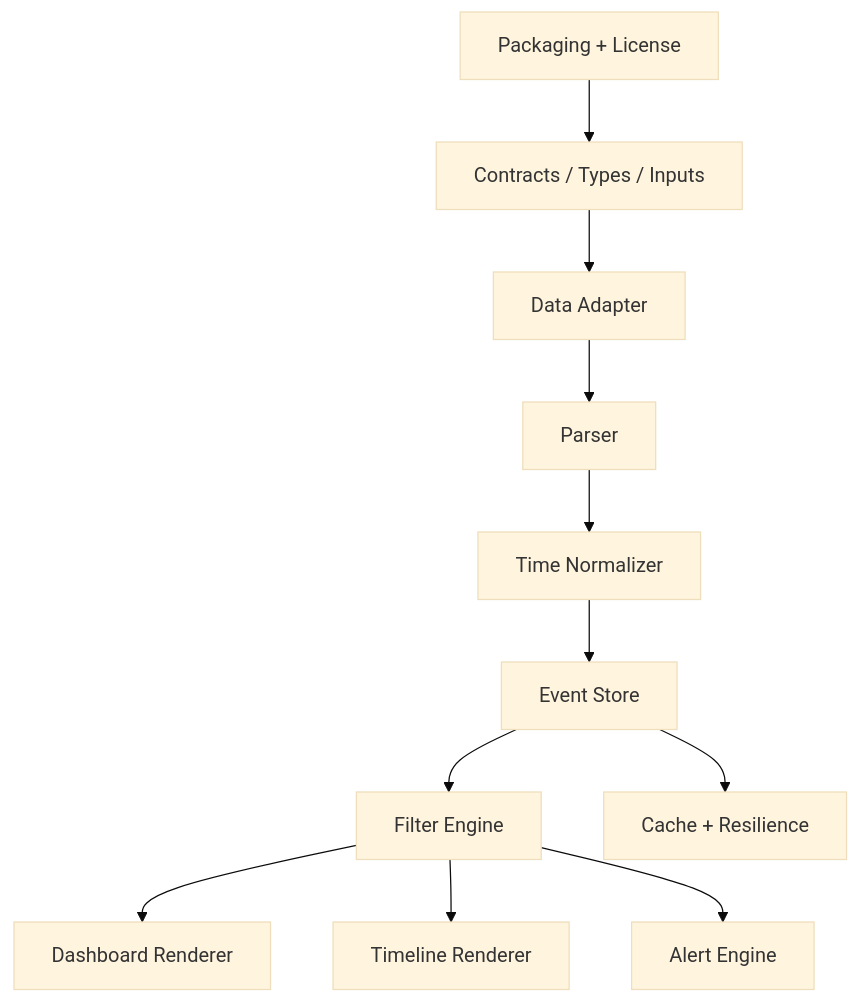
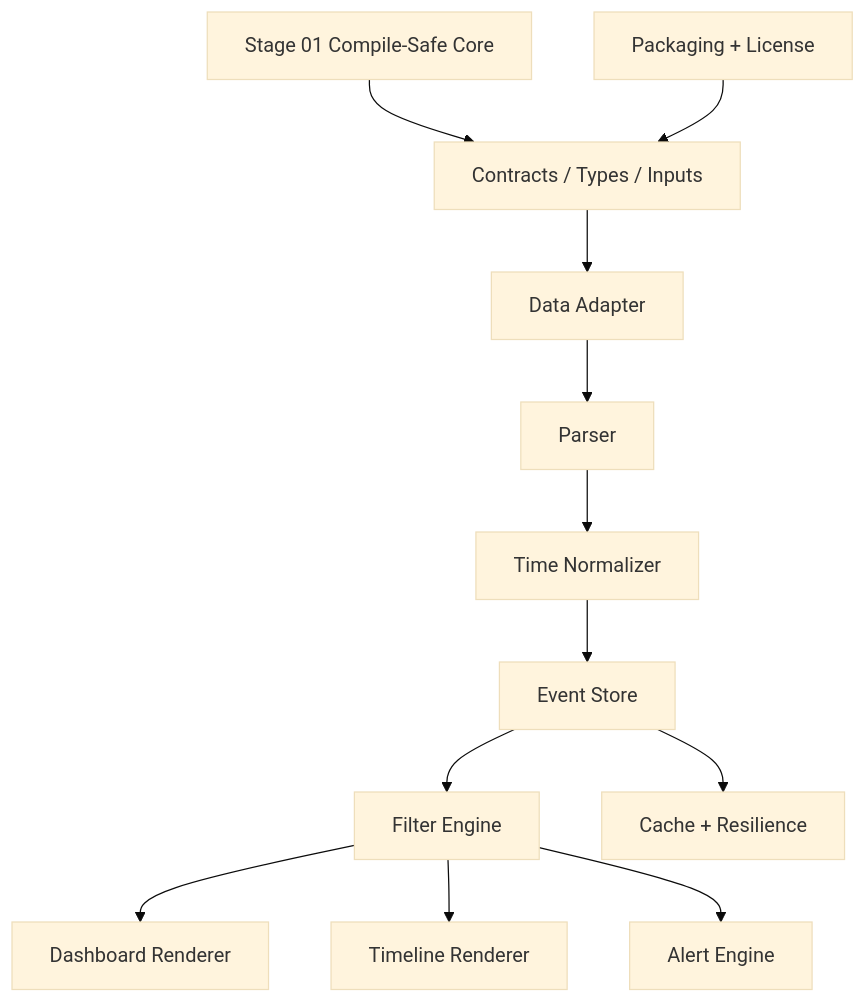
One commit to bsAmirHeydar/decision-alpha-lab changed the diagram in product_lab/indicators/gartal_terminal/obsidian/implementation/00_INDEX.md. Above: the diagram before and after it, drawn with Mermaid (base theme). The commit also changed other lines of this file and 25 other files, not shown here.

First line of the commit message:
feat(gartal-terminal): implement stage 01 compile-safe core skeleton

````diff
--- a/product_lab/indicators/gartal_terminal/obsidian/implementation/00_INDEX.md
+++ b/product_lab/indicators/gartal_terminal/obsidian/implementation/00_INDEX.md
@@ -28,21 +34,23 @@
 ```mermaid
 flowchart TD
+    S1[Stage 01 Compile-Safe Core]
     L1[Contracts / Types / Inputs]
     L2[Data Adapter]
     L3[Parser]
     L4[Time Normalizer]
     L5[Event Store]
     L6[Filter Engine]
     L7[Dashboard Renderer]
     L8[Timeline Renderer]
     L9[Alert Engine]
     L10[Cache + Resilience]
     L11[Packaging + License]
 
+    S1 --> L1
     L1 --> L2 --> L3 --> L4 --> L5 --> L6
     L6 --> L7
     L6 --> L8
     L6 --> L9
     L5 --> L10
     L11 --> L1
 ```
````
